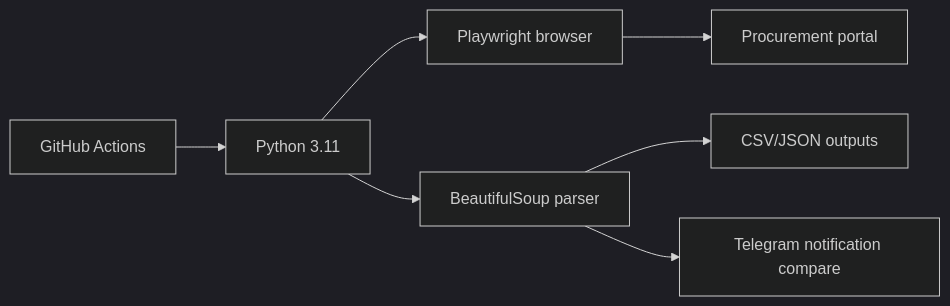
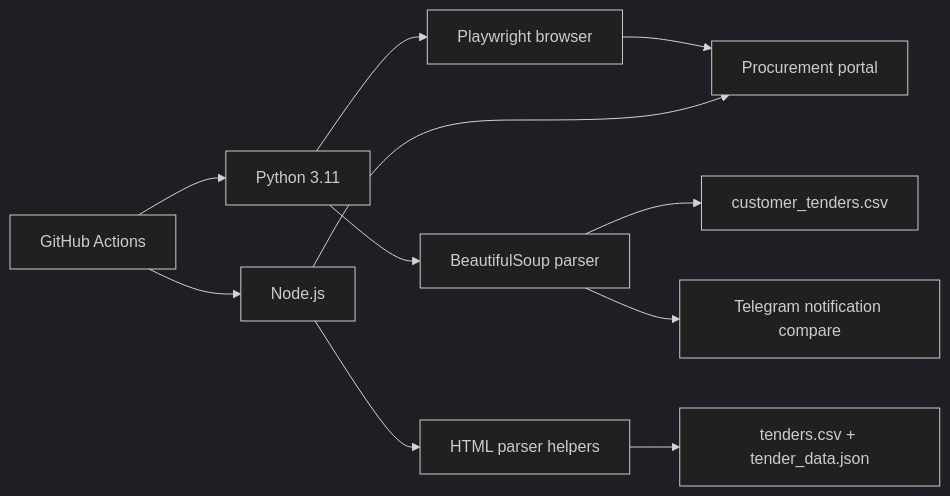
One commit to shinonkg/gpt-georgia-tender-bot changed the second of 4 diagrams in SYSTEM_ARCHITECTURE.md. Above: the diagram before and after it, drawn with Mermaid (dark theme). The commit also changed other lines of this file and 9 other files, not shown here.

Commit message:
Update docs for tender refresh architecture

````diff
--- a/SYSTEM_ARCHITECTURE.md
+++ b/SYSTEM_ARCHITECTURE.md
@@ -55,9 +58,13 @@
 ```mermaid
 flowchart LR
     A["GitHub Actions"] --> B["Python 3.11"]
+    A --> H["Node.js"]
     B --> C["Playwright browser"]
     C --> D["Procurement portal"]
+    H --> D
     B --> E["BeautifulSoup parser"]
-    E --> F["CSV/JSON outputs"]
+    H --> I["HTML parser helpers"]
+    E --> F["customer_tenders.csv"]
+    I --> J["tenders.csv + tender_data.json"]
     E --> G["Telegram notification compare"]
 ```
````
